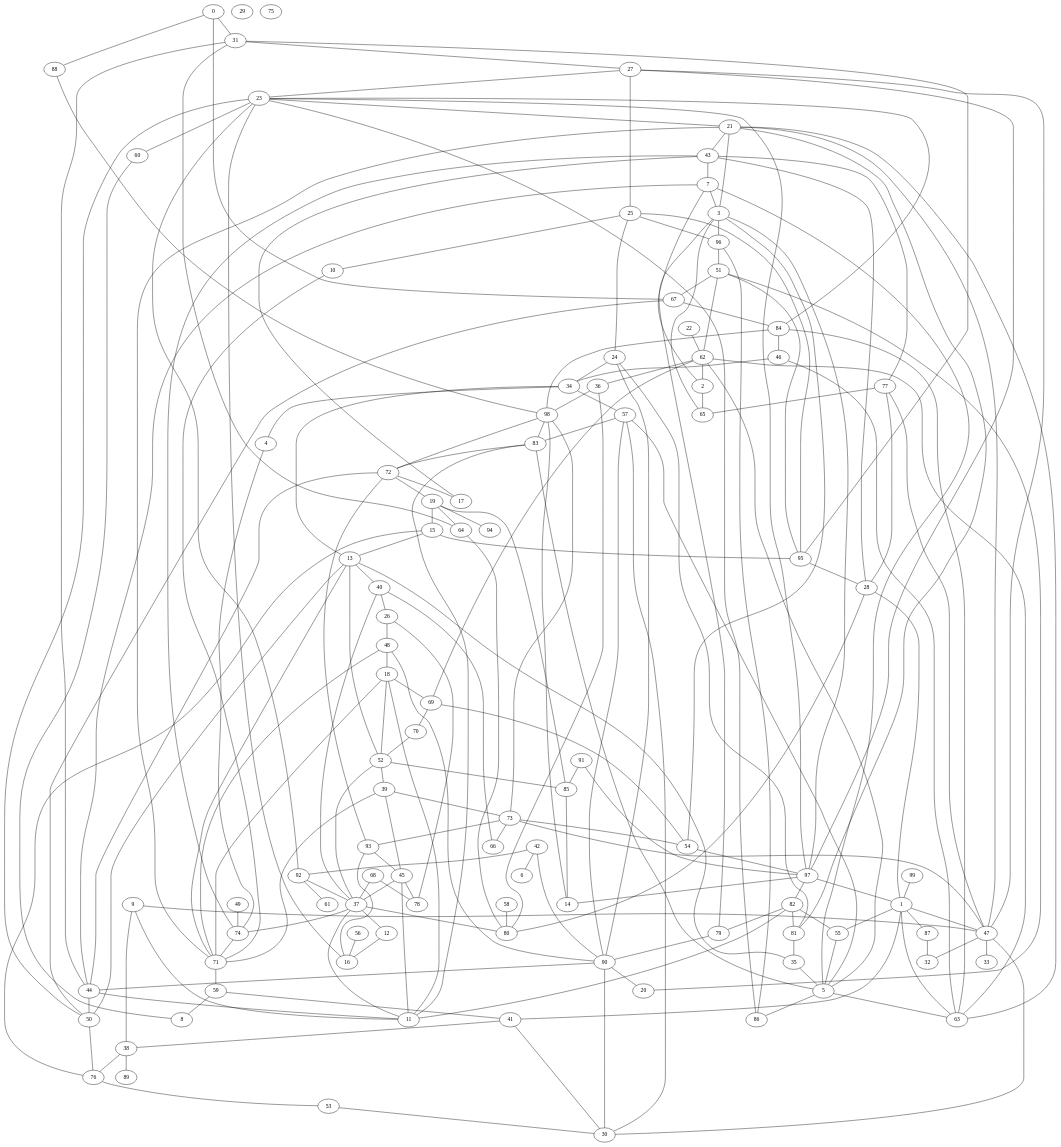
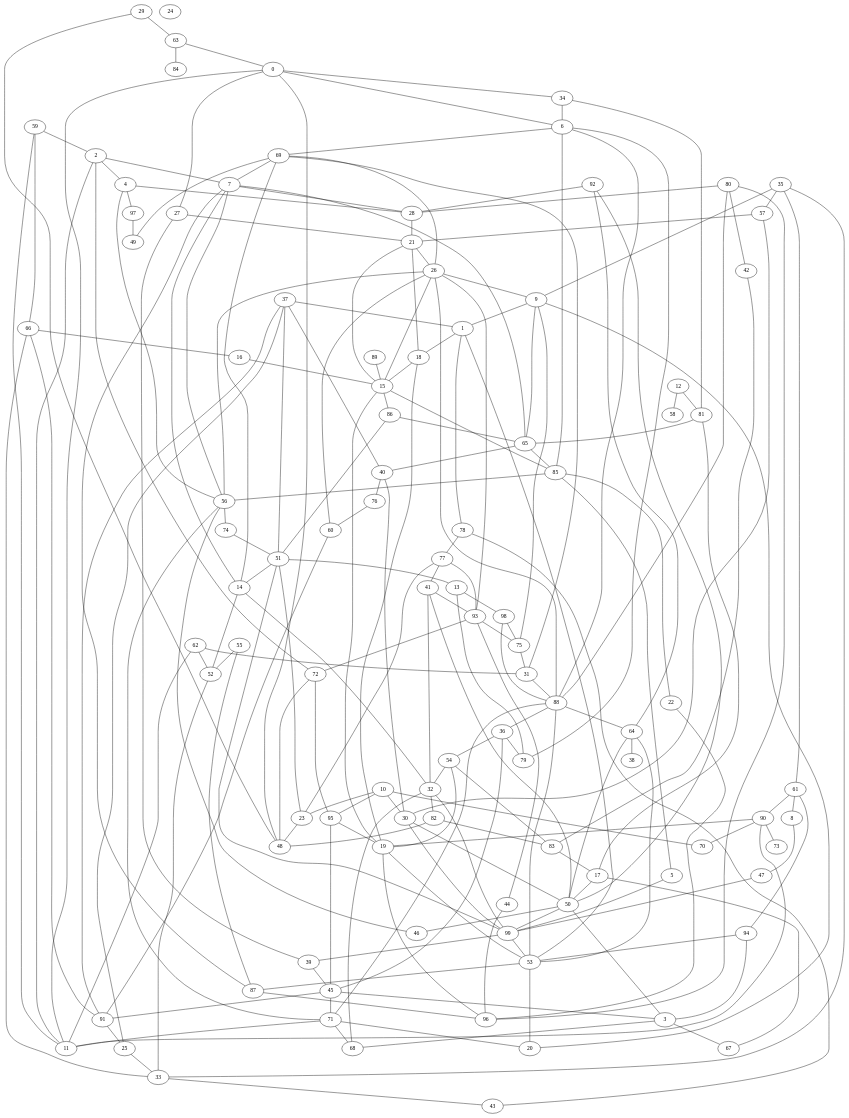
The diagram in gv/Erdos_Rengy_100x200.gv (OmarAlejandroLinares/ProyectoDAA), drawn with Graphviz before and after one commit. The commit also changed 40 other files, not shown here.

```diff
--- a/gv/Erdos_Rengy_100x200.gv
+++ b/gv/Erdos_Rengy_100x200.gv
@@ -99,204 +99,204 @@
 	97 [label=97]
 	98 [label=98]
 	99 [label=99]
-	84 -- 23
-	23 -- 60
-	57 -- 5
-	71 -- 21
-	9 -- 47
-	37 -- 80
-	47 -- 21
-	43 -- 77
-	15 -- 13
-	3 -- 96
-	42 -- 92
-	11 -- 82
-	38 -- 76
-	52 -- 85
-	5 -- 63
-	83 -- 72
-	31 -- 27
-	1 -- 41
-	35 -- 5
-	74 -- 43
-	66 -- 40
-	63 -- 21
-	84 -- 98
-	39 -- 73
-	13 -- 52
-	3 -- 21
-	45 -- 39
-	47 -- 30
-	5 -- 86
-	77 -- 28
-	83 -- 11
-	96 -- 51
-	42 -- 6
-	53 -- 30
-	82 -- 55
-	5 -- 62
-	82 -- 81
-	2 -- 65
-	3 -- 65
-	0 -- 67
-	96 -- 86
-	1 -- 47
-	47 -- 33
-	23 -- 21
-	47 -- 32
-	98 -- 72
-	73 -- 93
-	72 -- 19
-	59 -- 41
-	56 -- 16
-	40 -- 37
-	46 -- 34
-	30 -- 41
-	31 -- 64
+	26 -- 93
+	14 -- 7
+	41 -- 50
+	4 -- 56
+	45 -- 91
+	33 -- 43
+	87 -- 7
+	13 -- 79
+	56 -- 74
+	94 -- 53
+	35 -- 9
+	92 -- 50
+	15 -- 19
+	16 -- 15
+	45 -- 71
+	26 -- 9
+	6 -- 69
+	10 -- 95
+	62 -- 52
+	18 -- 21
+	80 -- 96
+	95 -- 45
+	2 -- 7
+	98 -- 88
+	14 -- 32
+	40 -- 76
+	18 -- 19
+	90 -- 19
+	1 -- 53
+	78 -- 43
+	2 -- 4
+	87 -- 96
+	8 -- 47
+	17 -- 67
+	85 -- 5
+	65 -- 40
+	96 -- 19
+	66 -- 16
+	15 -- 26
+	55 -- 87
+	97 -- 49
+	93 -- 77
+	86 -- 65
+	54 -- 32
+	52 -- 33
+	66 -- 91
+	30 -- 99
+	6 -- 85
+	26 -- 56
+	18 -- 15
+	44 -- 96
+	5 -- 99
+	9 -- 75
+	3 -- 68
+	37 -- 51
+	77 -- 41
+	35 -- 57
+	21 -- 26
+	0 -- 6
+	64 -- 38
+	98 -- 75
+	94 -- 3
+	51 -- 13
+	99 -- 39
+	29 -- 63
+	59 -- 2
+	31 -- 88
+	51 -- 99
+	88 -- 64
+	71 -- 88
+	76 -- 60
+	85 -- 56
+	88 -- 36
+	71 -- 20
+	62 -- 31
+	71 -- 68
+	77 -- 23
+	15 -- 86
+	35 -- 61
+	34 -- 6
+	12 -- 58
+	0 -- 27
+	59 -- 11
+	66 -- 33
+	62 -- 11
+	36 -- 54
+	0 -- 48
+	64 -- 53
+	35 -- 33
+	40 -- 30
+	31 -- 69
+	36 -- 79
+	13 -- 98
+	69 -- 49
+	82 -- 83
+	53 -- 87
+	90 -- 11
+	32 -- 82
+	42 -- 83
+	39 -- 45
+	34 -- 81
+	83 -- 17
+	91 -- 25
+	45 -- 3
+	37 -- 1
+	14 -- 52
+	93 -- 72
+	1 -- 78
+	72 -- 95
+	53 -- 20
+	7 -- 28
+	0 -- 34
+	41 -- 93
+	89 -- 15
+	74 -- 51
+	10 -- 23
+	50 -- 3
 	57 -- 30
-	25 -- 96
-	70 -- 52
-	77 -- 47
-	34 -- 13
-	90 -- 30
-	98 -- 83
-	54 -- 3
-	90 -- 48
-	13 -- 71
-	97 -- 82
-	45 -- 37
-	19 -- 94
-	82 -- 79
-	63 -- 62
-	91 -- 97
-	68 -- 78
-	48 -- 71
-	9 -- 38
-	13 -- 50
-	23 -- 86
-	97 -- 14
-	34 -- 4
-	57 -- 90
-	79 -- 90
-	40 -- 26
-	60 -- 8
-	52 -- 18
-	88 -- 98
-	73 -- 54
-	44 -- 50
-	44 -- 11
-	0 -- 88
-	44 -- 31
-	72 -- 44
-	90 -- 20
-	90 -- 44
-	49 -- 74
-	76 -- 15
-	5 -- 7
-	51 -- 67
-	27 -- 47
-	54 -- 69
-	12 -- 16
-	93 -- 16
-	92 -- 61
-	83 -- 5
-	19 -- 85
-	87 -- 32
-	54 -- 97
-	72 -- 17
-	28 -- 80
-	43 -- 7
-	21 -- 43
-	57 -- 83
-	2 -- 7
-	13 -- 40
-	19 -- 64
-	13 -- 35
-	37 -- 11
-	84 -- 63
-	95 -- 51
-	1 -- 55
-	93 -- 45
-	37 -- 74
-	0 -- 31
-	97 -- 1
-	37 -- 52
-	62 -- 36
-	52 -- 39
-	71 -- 59
-	73 -- 66
-	23 -- 92
-	10 -- 71
-	69 -- 62
-	93 -- 72
-	99 -- 1
-	62 -- 2
-	24 -- 81
-	25 -- 24
-	17 -- 43
-	92 -- 37
-	51 -- 62
-	19 -- 15
-	9 -- 11
-	23 -- 97
-	64 -- 80
-	31 -- 95
-	67 -- 84
-	50 -- 76
-	42 -- 90
-	47 -- 73
-	23 -- 50
-	76 -- 53
-	3 -- 79
-	27 -- 25
-	80 -- 36
-	24 -- 34
-	7 -- 44
-	71 -- 39
-	95 -- 28
-	20 -- 51
-	84 -- 46
-	36 -- 98
-	45 -- 11
-	55 -- 5
-	37 -- 12
-	91 -- 85
-	59 -- 8
-	11 -- 18
-	46 -- 63
-	81 -- 35
-	18 -- 69
-	27 -- 97
-	48 -- 18
-	45 -- 78
-	26 -- 78
-	43 -- 28
-	69 -- 70
-	68 -- 37
-	67 -- 50
-	1 -- 63
-	22 -- 62
-	85 -- 14
-	1 -- 87
-	27 -- 23
-	41 -- 38
-	7 -- 3
-	38 -- 89
-	4 -- 74
-	98 -- 73
-	26 -- 48
-	34 -- 57
-	25 -- 95
-	25 -- 10
-	16 -- 23
-	15 -- 95
-	18 -- 71
-	21 -- 81
-	97 -- 3
-	28 -- 1
-	77 -- 65
-	24 -- 90
-	74 -- 71
-	58 -- 80
-	14 -- 98
+	9 -- 1
+	15 -- 85
+	79 -- 6
+	7 -- 65
+	14 -- 69
+	60 -- 26
+	4 -- 97
+	56 -- 71
+	88 -- 53
+	85 -- 22
+	90 -- 70
+	1 -- 18
+	15 -- 21
+	28 -- 21
+	41 -- 32
+	27 -- 21
+	90 -- 73
+	47 -- 99
+	37 -- 91
+	19 -- 53
+	78 -- 77
+	69 -- 26
+	86 -- 51
+	93 -- 44
+	72 -- 48
+	88 -- 26
+	92 -- 64
+	56 -- 46
+	51 -- 14
+	29 -- 48
+	37 -- 40
+	61 -- 90
+	82 -- 48
+	32 -- 99
+	25 -- 33
+	61 -- 94
+	37 -- 25
+	36 -- 45
+	57 -- 21
+	59 -- 66
+	7 -- 56
+	4 -- 28
+	54 -- 19
+	2 -- 72
+	32 -- 68
+	10 -- 70
+	50 -- 46
+	0 -- 11
+	2 -- 11
+	9 -- 65
+	63 -- 0
+	22 -- 96
+	80 -- 88
+	92 -- 28
+	80 -- 42
+	88 -- 6
+	17 -- 50
+	99 -- 53
+	69 -- 7
+	55 -- 52
+	27 -- 39
+	12 -- 81
+	80 -- 28
+	51 -- 23
+	30 -- 50
+	95 -- 19
+	93 -- 75
+	64 -- 50
+	60 -- 91
+	65 -- 85
+	9 -- 20
+	50 -- 99
+	81 -- 17
+	10 -- 30
+	63 -- 84
+	23 -- 48
+	71 -- 11
+	3 -- 67
+	81 -- 65
+	75 -- 31
+	54 -- 83
+	61 -- 8
 }
```
